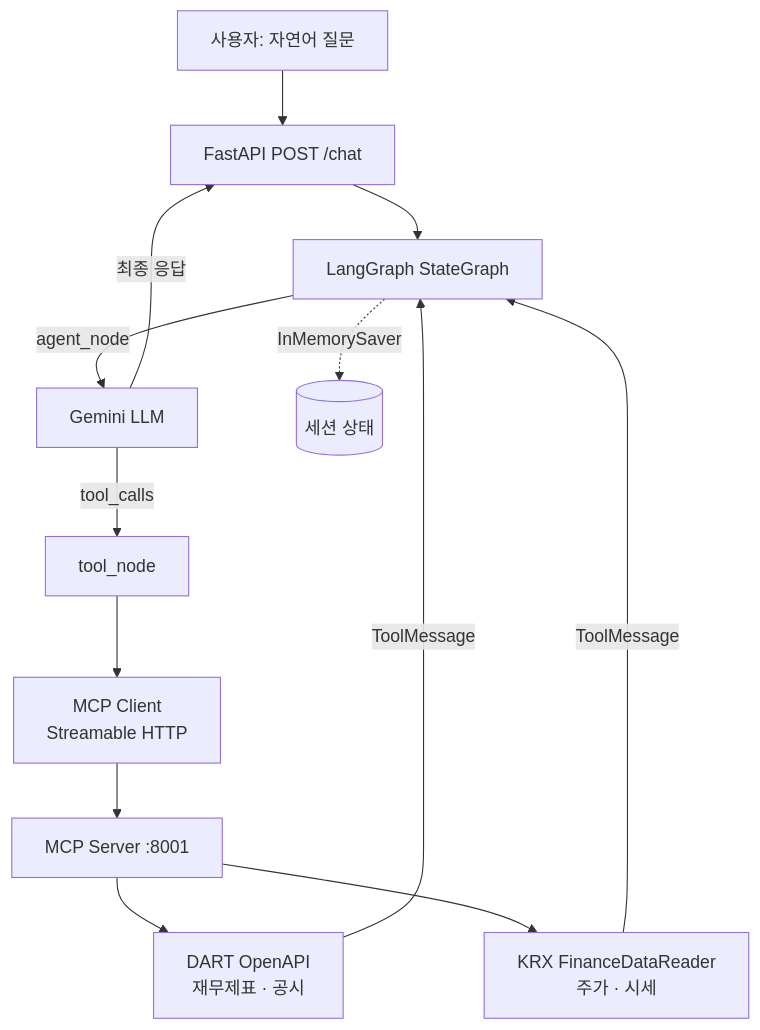
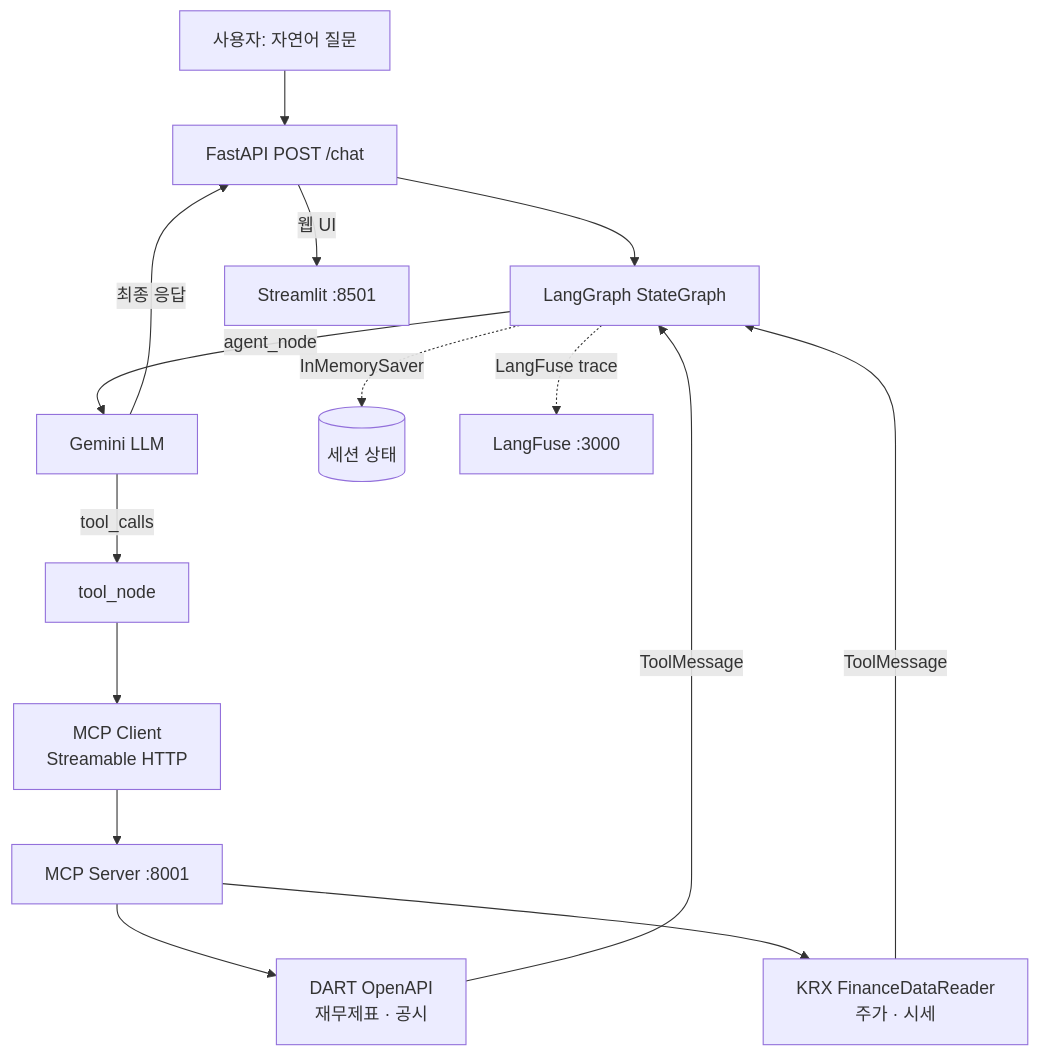
One commit to DvwN-Lee/fAInancial-agent changed the diagram in README.md. Above: the diagram before and after it, drawn with Mermaid. The commit also changed other lines of this file and 1 other file, not shown here.

````diff
--- a/README.md
+++ b/README.md
@@ -10,15 +12,17 @@
 ```mermaid
 graph TD
     A[사용자: 자연어 질문] --> B[FastAPI POST /chat]
     B --> C[LangGraph StateGraph]
     C -->|agent_node| H[Gemini LLM]
     H -->|tool_calls| T[tool_node]
     T --> D[MCP Client<br/>Streamable HTTP]
     D --> E[MCP Server :8001]
     E --> F[DART OpenAPI<br/>재무제표 · 공시]
     E --> G[KRX FinanceDataReader<br/>주가 · 시세]
     F -->|ToolMessage| C
     G -->|ToolMessage| C
     H -->|최종 응답| B
     C -.->|InMemorySaver| S[(세션 상태)]
+    B -->|웹 UI| UI[Streamlit :8501]
+    C -.->|LangFuse trace| LF[LangFuse :3000]
 ```
````
